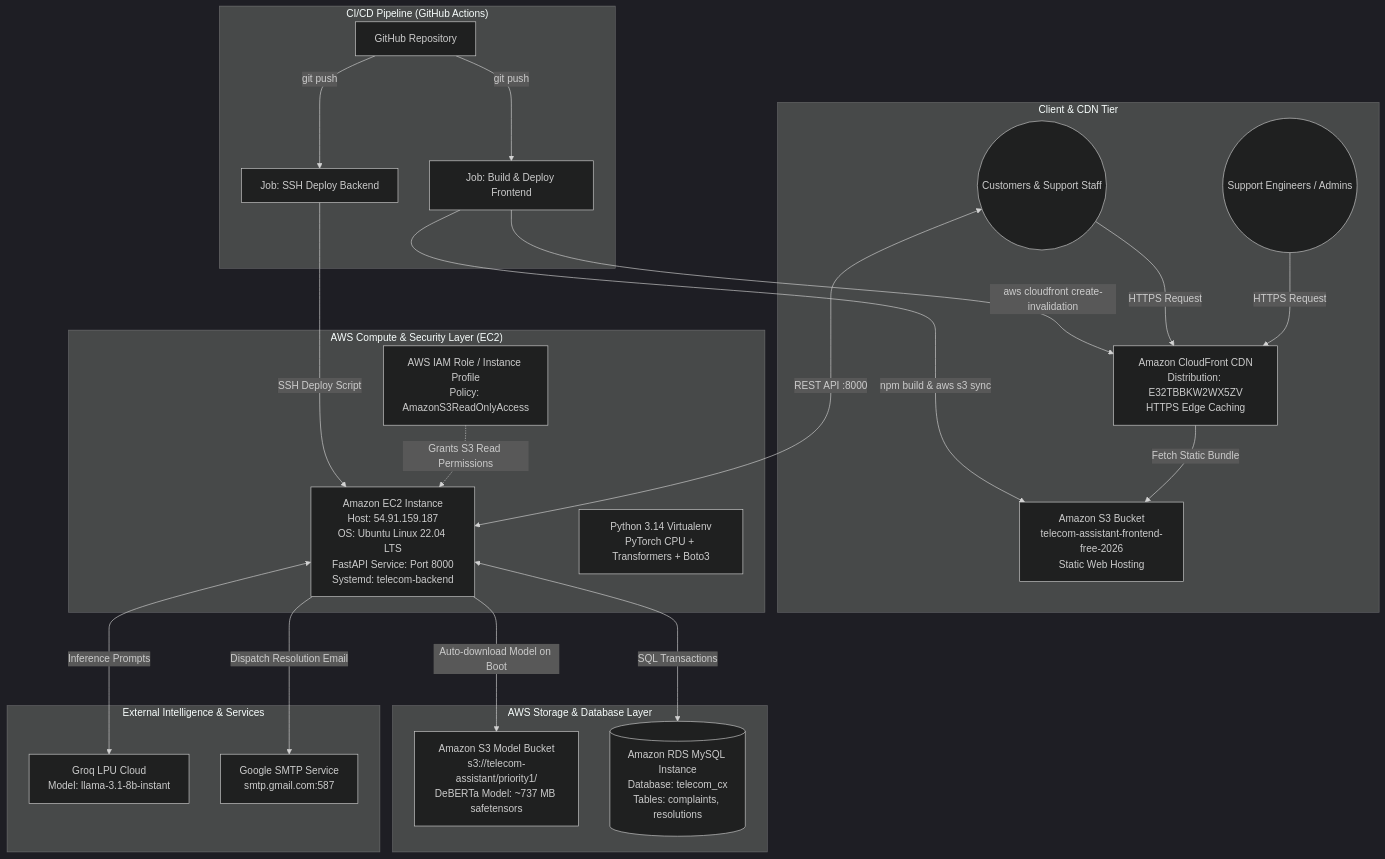
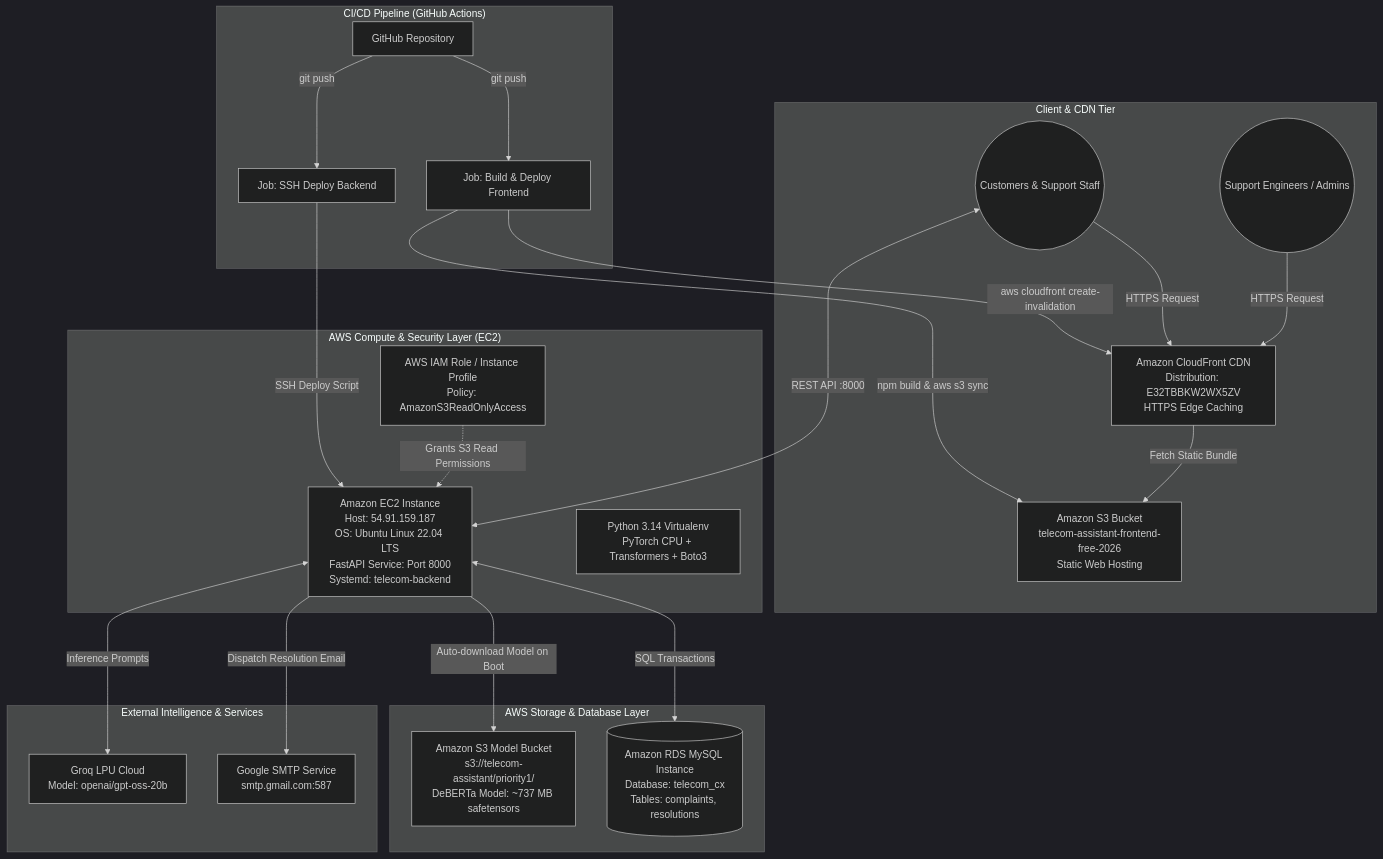
Before and after one commit to Thamesh1731/Telecom-compliant-intelligence-and-automated-resolution-assistant: the diagram in PROJECT_ARCHITECTURE_AND_AWS_DOCUMENTATION.md, drawn with Mermaid (dark theme). The commit also changed other lines of this file and 13 other files, not shown here.

````diff
--- a/PROJECT_ARCHITECTURE_AND_AWS_DOCUMENTATION.md
+++ b/PROJECT_ARCHITECTURE_AND_AWS_DOCUMENTATION.md
@@ -21,50 +21,50 @@
 ```mermaid
 flowchart TD
     subgraph Client_Tier ["Client & CDN Tier"]
         Users((Customers & Support Staff))
         Admin((Support Engineers / Admins))
         CF[Amazon CloudFront CDN<br/>Distribution: E32TBBKW2WX5ZV<br/>HTTPS Edge Caching]
         S3_UI[Amazon S3 Bucket<br/>telecom-assistant-frontend-free-2026<br/>Static Web Hosting]
     end
 
     subgraph CICD_Tier ["CI/CD Pipeline (GitHub Actions)"]
         Repo[GitHub Repository]
         Action_UI[Job: Build & Deploy Frontend]
         Action_API[Job: SSH Deploy Backend]
     end
 
     subgraph Compute_Tier ["AWS Compute & Security Layer (EC2)"]
         EC2[Amazon EC2 Instance<br/>Host: 54.91.159.187<br/>OS: Ubuntu Linux 22.04 LTS<br/>FastAPI Service: Port 8000<br/>Systemd: telecom-backend]
         IAM[AWS IAM Role / Instance Profile<br/>Policy: AmazonS3ReadOnlyAccess]
         VENV[Python 3.14 Virtualenv<br/>PyTorch CPU + Transformers + Boto3]
     end
 
     subgraph Storage_Tier ["AWS Storage & Database Layer"]
         S3_Models[Amazon S3 Model Bucket<br/>s3://telecom-assistant/priority1/<br/>DeBERTa Model: ~737 MB safetensors]
         RDS[(Amazon RDS MySQL Instance<br/>Database: telecom_cx<br/>Tables: complaints, resolutions)]
     end
 
     subgraph External_APIs ["External Intelligence & Services"]
-        Groq[Groq LPU Cloud<br/>Model: llama-3.1-8b-instant]
+        Groq[Groq LPU Cloud<br/>Model: openai/gpt-oss-20b]
         Gmail[Google SMTP Service<br/>smtp.gmail.com:587]
     end
 
     %% Flow connections
     Repo -->|git push| Action_UI
     Repo -->|git push| Action_API
 
     Action_UI -->|npm build & aws s3 sync| S3_UI
     Action_UI -->|aws cloudfront create-invalidation| CF
     Action_API -->|SSH Deploy Script| EC2
 
     Users -->|HTTPS Request| CF
     Admin -->|HTTPS Request| CF
     CF -->|Fetch Static Bundle| S3_UI
     Users <--->|REST API :8000| EC2
 
     IAM -.->|Grants S3 Read Permissions| EC2
     EC2 -->|Auto-download Model on Boot| S3_Models
     EC2 <--->|SQL Transactions| RDS
     EC2 <--->|Inference Prompts| Groq
     EC2 -->|Dispatch Resolution Email| Gmail
 ```
````
